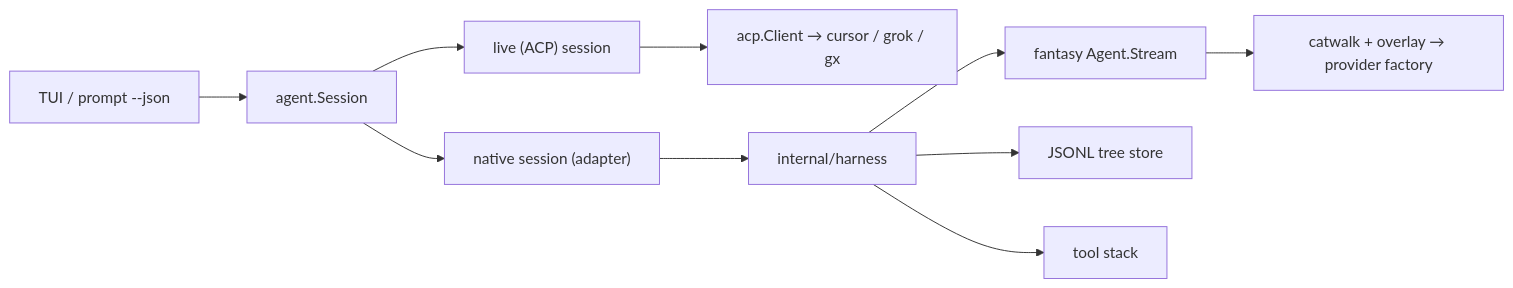
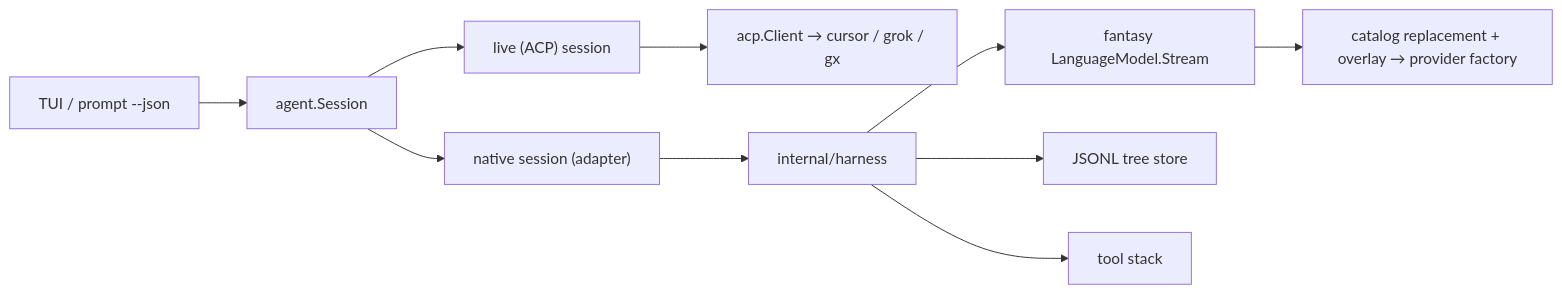
The diagram in discovery/native-harness/02-architecture.md (charliek/craze), drawn with Mermaid before and after one commit. The commit also changed other lines of this file and 15 other files, not shown here.

````diff
--- a/discovery/native-harness/02-architecture.md
+++ b/discovery/native-harness/02-architecture.md
@@ -13,12 +13,12 @@
 ```mermaid
 flowchart LR
   tui["TUI / prompt --json"] --> session["agent.Session"]
   session --> live["live (ACP) session"]
   session --> native["native session (adapter)"]
   live --> acp["acp.Client → cursor / grok / gx"]
   native --> harness["internal/harness"]
-  harness --> fantasy["fantasy Agent.Stream"]
+  harness --> fantasy["fantasy LanguageModel.Stream"]
   harness --> store["JSONL tree store"]
   harness --> tools["tool stack"]
-  fantasy --> providers["catwalk + overlay → provider factory"]
+  fantasy --> providers["catalog replacement + overlay → provider factory"]
 ```
````
